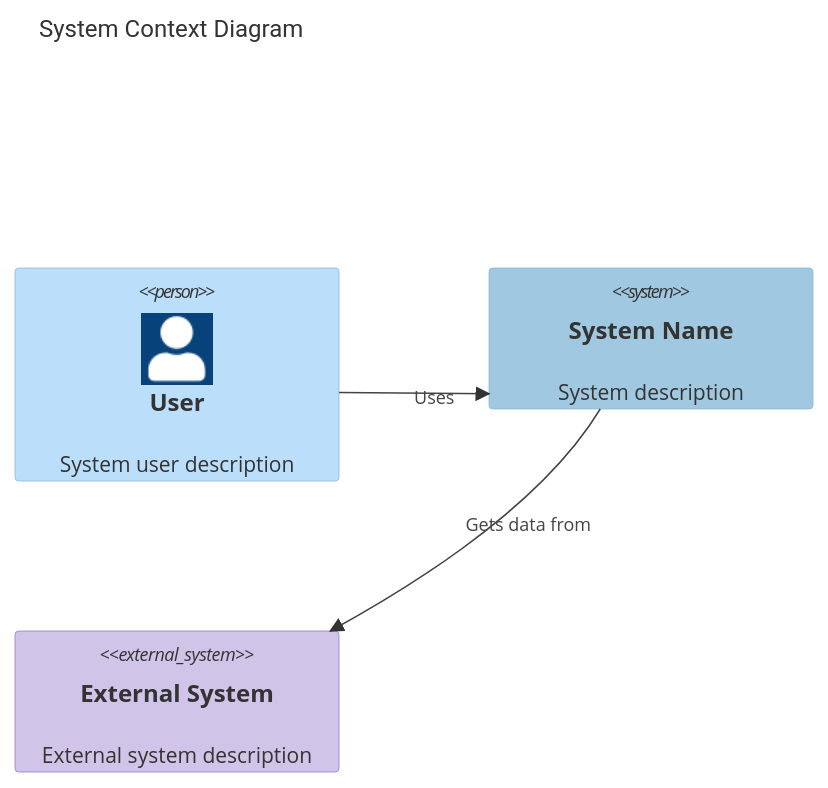
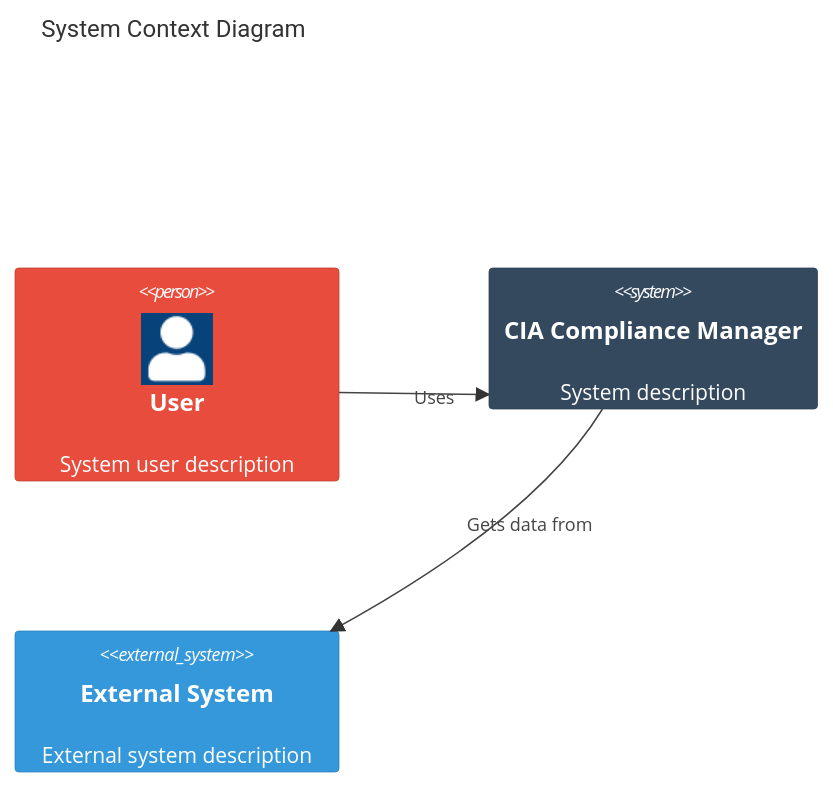
The second of 5 diagrams in docs/architecture/CONTRIBUTION_GUIDELINES.md (Hack23/cia-compliance-manager), drawn with Mermaid before and after one commit. The commit also changed other lines of this file and 1 other file, not shown here.

Commit message:
feat(docs): enhance contribution and style guidelines with updated color palettes and diagram styles

````diff
--- a/docs/architecture/CONTRIBUTION_GUIDELINES.md
+++ b/docs/architecture/CONTRIBUTION_GUIDELINES.md
@@ -74,16 +83,16 @@
 ```mermaid
 C4Context
   title System Context Diagram
 
   Person(user, "User", "System user description")
-  System(system, "System Name", "System description")
+  System(system, "CIA Compliance Manager", "System description")
   System_Ext(externalSystem, "External System", "External system description")
 
   Rel(user, system, "Uses")
   Rel(system, externalSystem, "Gets data from")
 
-  %% Style definitions
-  UpdateElementStyle(user, $fontColor="#333333", $bgColor="#bbdefb", $borderColor="#86b5d9")
-  UpdateElementStyle(system, $fontColor="#333333", $bgColor="#a0c8e0", $borderColor="#86b5d9")
-  UpdateElementStyle(externalSystem, $fontColor="#333333", $bgColor="#d1c4e9", $borderColor="#9575cd")
+  %% Style definitions with enhanced colors
+  UpdateElementStyle(user, $fontColor="white", $bgColor="#e74c3c", $borderColor="#c0392b")
+  UpdateElementStyle(system, $fontColor="white", $bgColor="#34495e", $borderColor="#2c3e50")
+  UpdateElementStyle(externalSystem, $fontColor="white", $bgColor="#3498db", $borderColor="#2980b9")
 ```
````
